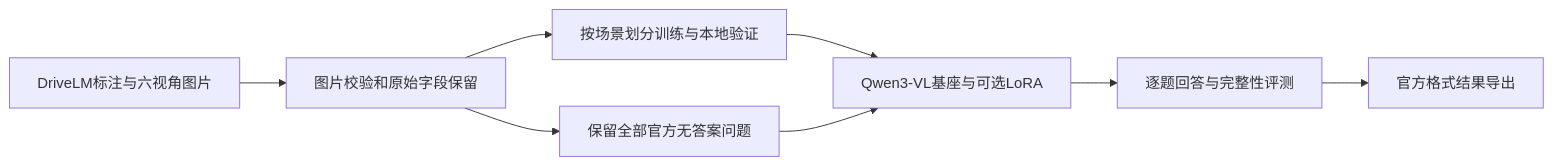
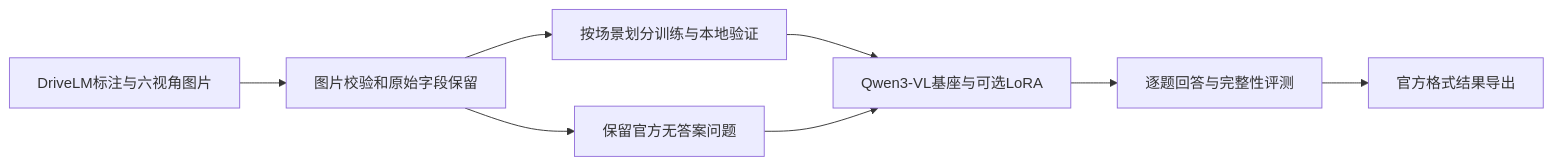
The diagram in README.zh-CN.md (yojo0503/drive-scene-reasoner), drawn with Mermaid before and after one commit. The commit also changed other lines of this file and 2 other files, not shown here.

````diff
--- a/README.zh-CN.md
+++ b/README.zh-CN.md
@@ -20,10 +22,10 @@
 ```mermaid
 flowchart LR
   A[DriveLM标注与六视角图片] --> B[图片校验和原始字段保留]
   B --> C[按场景划分训练与本地验证]
-  B --> D[保留全部官方无答案问题]
+  B --> D[保留官方无答案问题]
   C --> E[Qwen3-VL基座与可选LoRA]
   D --> E
   E --> F[逐题回答与完整性评测]
   F --> G[官方格式结果导出]
 ```
````
